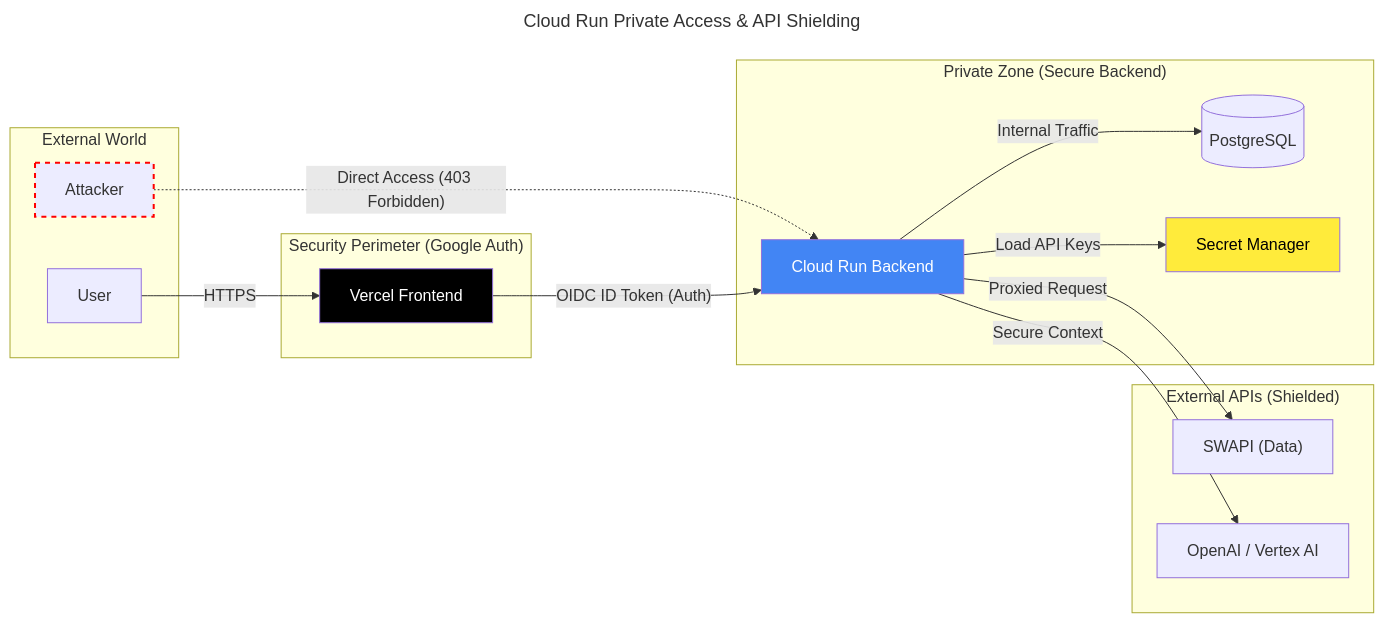
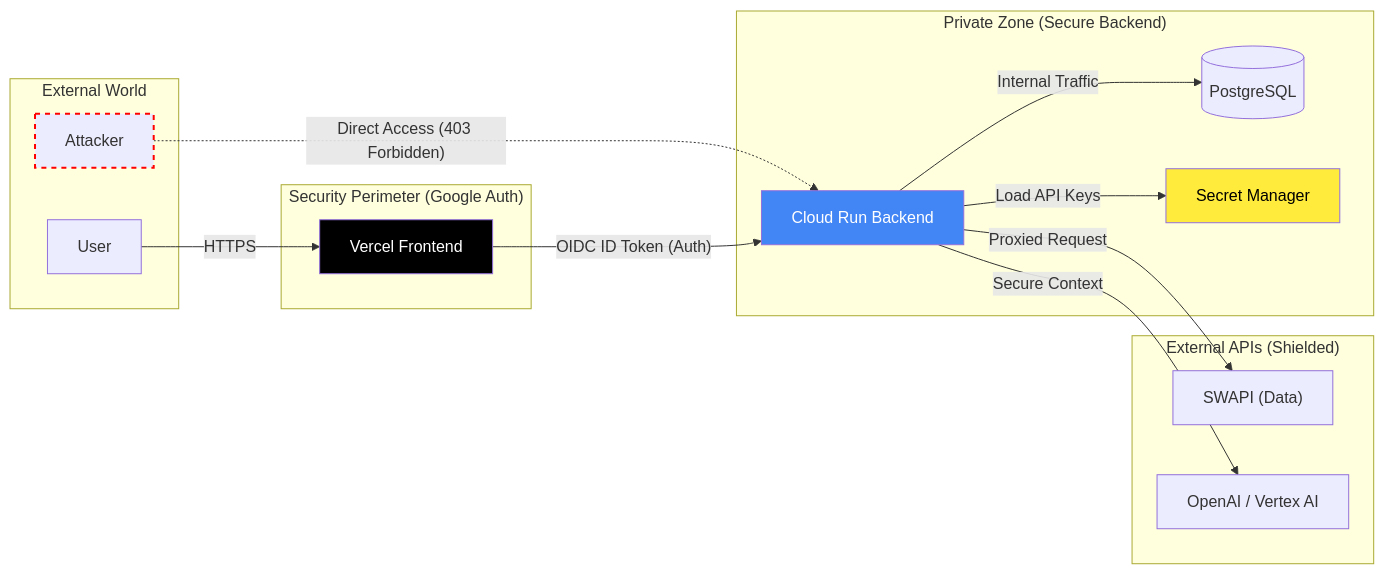
Before and after one commit to wmakeouthill/certificados-wesley: the seventh of 7 diagrams in portfolio-content/projects/Star-Wars-App-english.md, drawn with Mermaid. The commit also changed other lines of this file and 3 other files, not shown here.

````diff
--- a/portfolio-content/projects/Star-Wars-App-english.md
+++ b/portfolio-content/projects/Star-Wars-App-english.md
@@ -919,46 +915,44 @@
 ```mermaid
----
-title: Cloud Run Private Access & API Shielding
----
+%%{title: "Cloud Run Private Access & API Shielding"}%%
 flowchart LR
     subgraph External_World ["External World"]
         User[User]
         Hacker[Attacker]
     end
     
     subgraph Security_Perimeter ["Security Perimeter (Google Auth)"]
         Vercel["Vercel Frontend"]
     end
     
     subgraph Private_Zone ["Private Zone (Secure Backend)"]
         CloudRun["Cloud Run Backend"]
         DB[("PostgreSQL")]
         Secrets["Secret Manager"]
     end
     
     subgraph Shielded_APIs ["External APIs (Shielded)"]
         SWAPI["SWAPI (Data)"]
         AI["OpenAI / Vertex AI"]
     end
     
     %% User flow
     User -- HTTPS --> Vercel
     Hacker -. "Direct Access (403 Forbidden)" .-> CloudRun
     
     %% Service-to-service auth
     Vercel -- "OIDC ID Token (Auth)" --> CloudRun
     
     %% Backend accessing resources
     CloudRun -- "Internal Traffic" --> DB
     CloudRun -- "Load API Keys" --> Secrets
     
     %% Shielding: backend protects keys and rate-limits
     CloudRun -- "Proxied Request" --> SWAPI
     CloudRun -- "Secure Context" --> AI
     
     %% Styling
     style Vercel fill:#000,color:#fff
     style CloudRun fill:#4285F4,color:#fff
     style Hacker stroke:red,stroke-width:2px,stroke-dasharray: 5 5
     style Secrets fill:#FFEB3B,color:#000
 ```
````
